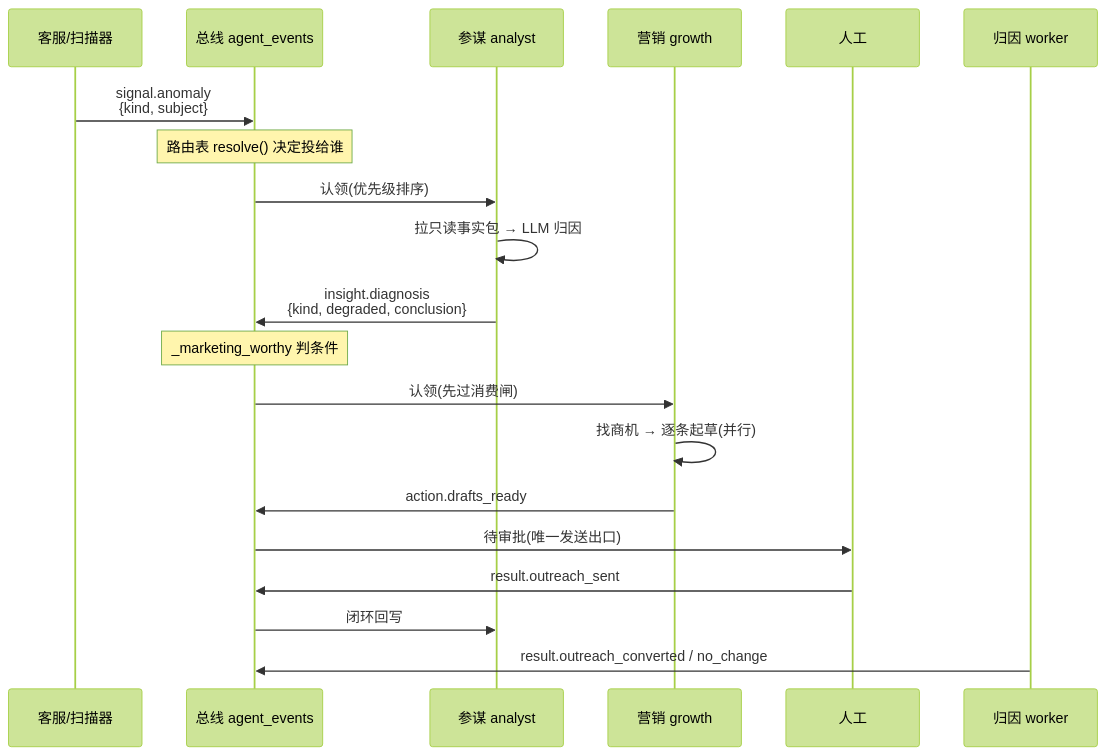
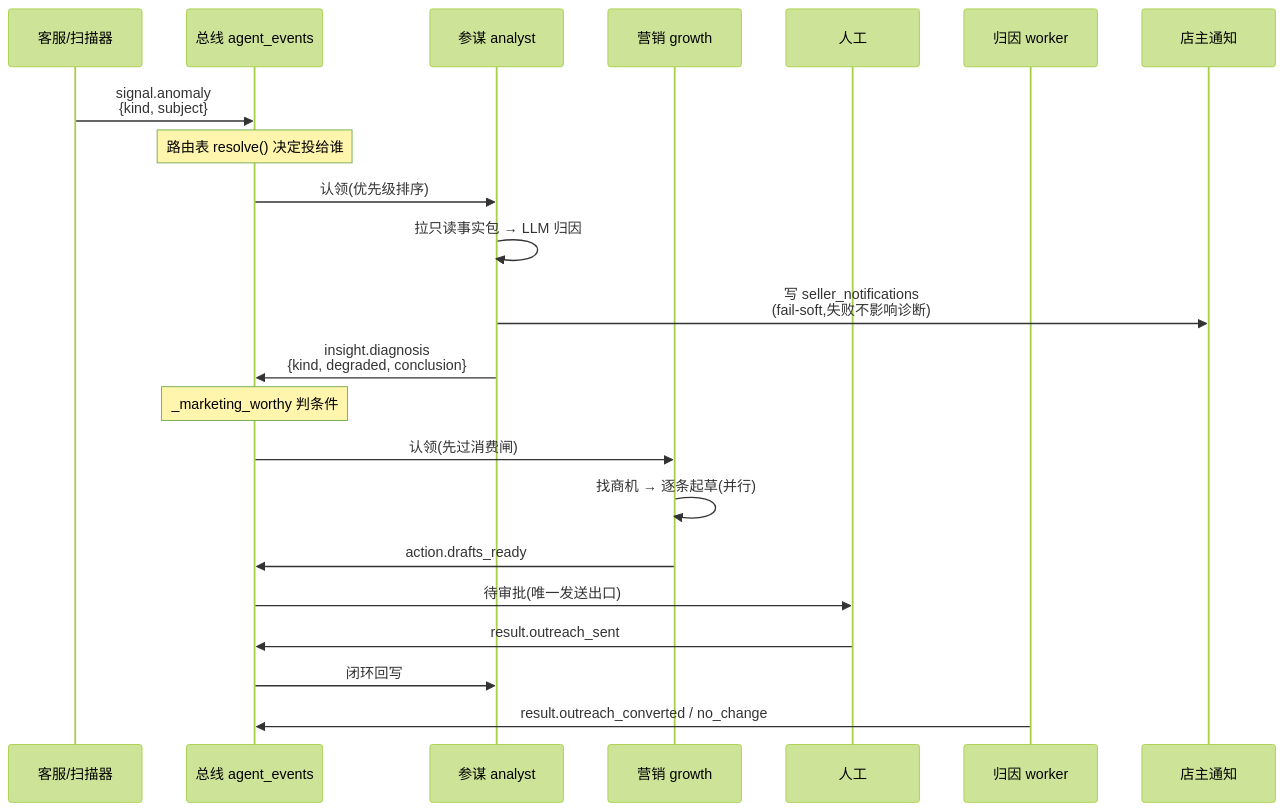
The second of 3 diagrams in docs/多智能体协作技术文档.md (pengbo-web/ecom-service-agent), drawn with Mermaid (forest theme) before and after one commit. The commit also changed other lines of this file, not shown here.

````diff
--- a/docs/多智能体协作技术文档.md
+++ b/docs/多智能体协作技术文档.md
@@ -103,23 +133,26 @@
 ```mermaid
 sequenceDiagram
   participant S as 客服/扫描器
   participant B as 总线 agent_events
   participant A as 参谋 analyst
   participant G as 营销 growth
   participant H as 人工
   participant F as 归因 worker
 
+  participant N as 店主通知
+
   S->>B: signal.anomaly<br/>{kind, subject}
   Note over B: 路由表 resolve() 决定投给谁
   B->>A: 认领(优先级排序)
   A->>A: 拉只读事实包 → LLM 归因
+  A->>N: 写 seller_notifications<br/>(fail-soft,失败不影响诊断)
   A->>B: insight.diagnosis<br/>{kind, degraded, conclusion}
   Note over B: _marketing_worthy 判条件
   B->>G: 认领(先过消费闸)
   G->>G: 找商机 → 逐条起草(并行)
   G->>B: action.drafts_ready
   B->>H: 待审批(唯一发送出口)
   H->>B: result.outreach_sent
   B->>A: 闭环回写
   F->>B: result.outreach_converted / no_change
 ```
````
